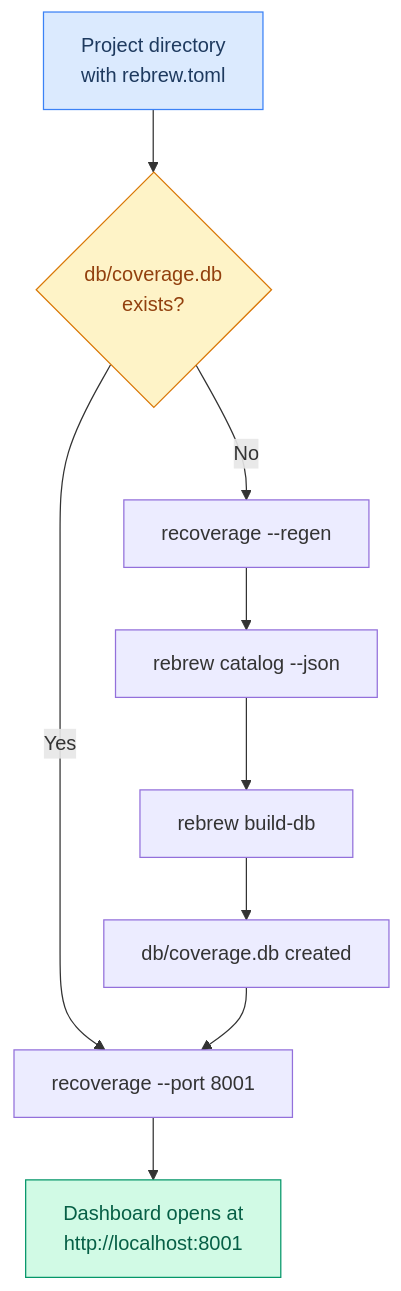
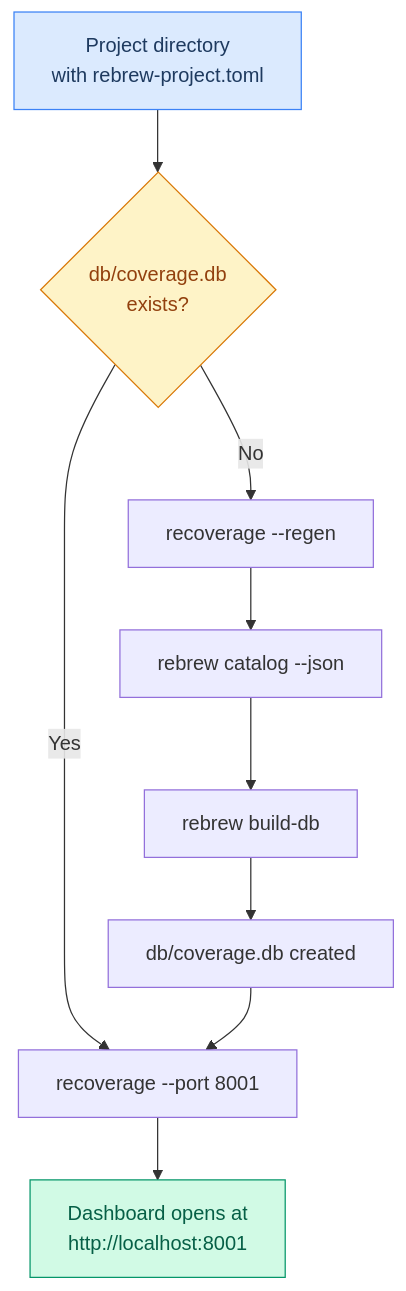
Before and after one commit to maci0/recoverage: the first of 17 diagrams in docs/USER_STORIES.md, drawn with Mermaid. The commit also changed 10 other files, not shown here.

````diff
--- a/docs/USER_STORIES.md
+++ b/docs/USER_STORIES.md
@@ -29,15 +29,15 @@
 ```mermaid
 graph TD
-    A["Project directory<br/>with rebrew.toml"] --> B{"db/coverage.db<br/>exists?"}
+    A["Project directory<br/>with rebrew-project.toml"] --> B{"db/coverage.db<br/>exists?"}
     B -->|Yes| C["recoverage --port 8001"]
     B -->|No| D["recoverage --regen"]
     D --> E["rebrew catalog --json"]
     E --> F["rebrew build-db"]
     F --> G["db/coverage.db created"]
     G --> C
     C --> H["Dashboard opens at<br/>http://localhost:8001"]
 
     style A fill:#dbeafe,stroke:#3b82f6,color:#1e3a5f
     style H fill:#d1fae5,stroke:#059669,color:#065f46
     style B fill:#fef3c7,stroke:#d97706,color:#92400e
 ```
````
